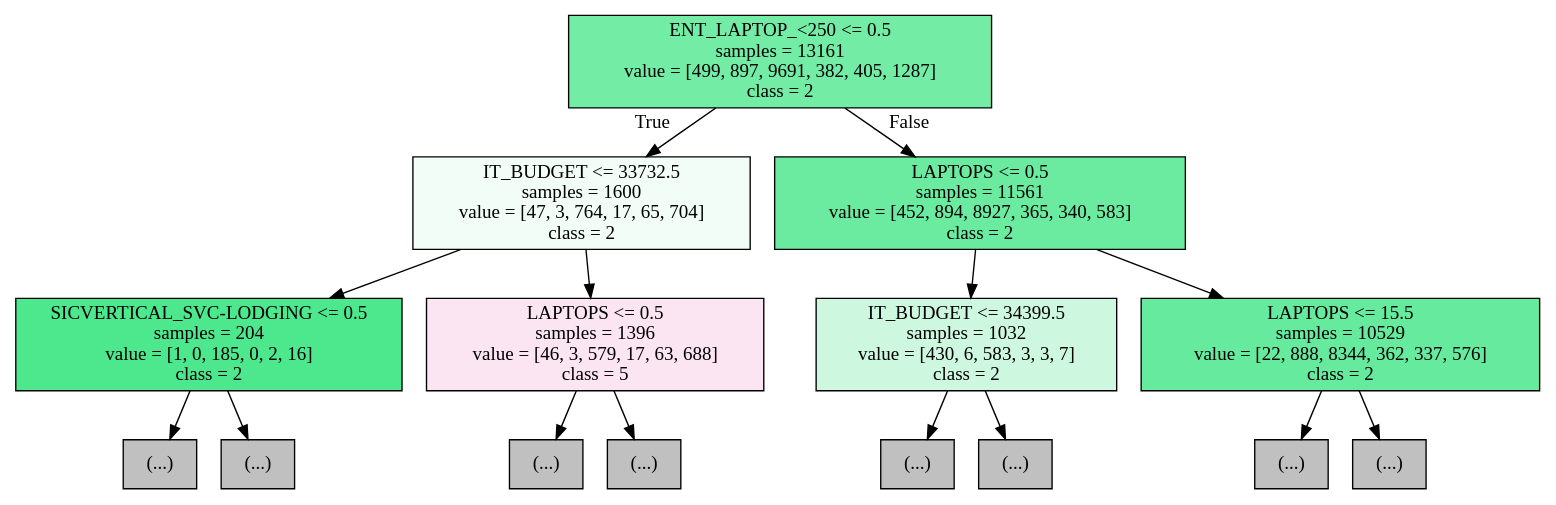
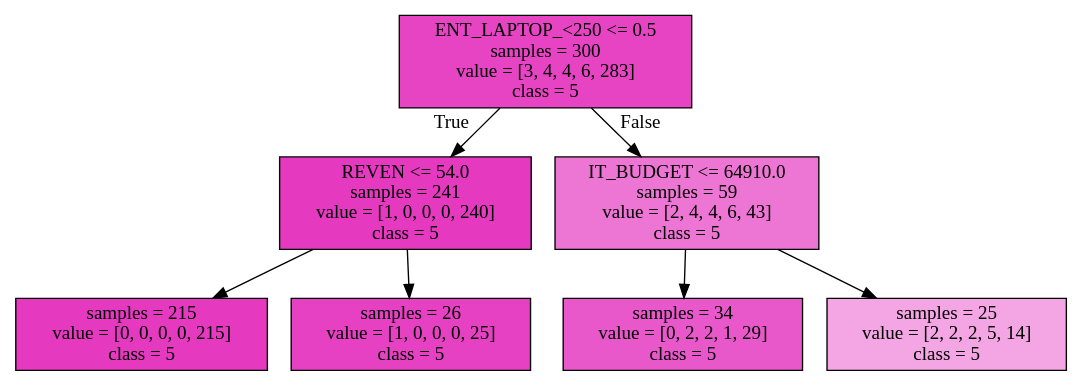
One commit to AlaaBejaoui/AberdeenProject changed the diagram in AberdeenProject/results/decisionTree.dot. Above: the diagram before and after it, drawn with Graphviz. The commit also changed 7 other files, not shown here.

```diff
--- a/AberdeenProject/results/decisionTree.dot
+++ b/AberdeenProject/results/decisionTree.dot
@@ -1,32 +1,16 @@
 digraph Tree {
 node [shape=box, style="filled", color="black"] ;
-0 [label="ENT_LAPTOP_<250 <= 0.5\nsamples = 13161\nvalue = [499, 897, 9691, 382, 405, 1287]\nclass = 2", fillcolor="#73eda6"] ;
-1 [label="IT_BUDGET <= 33732.5\nsamples = 1600\nvalue = [47, 3, 764, 17, 65, 704]\nclass = 2", fillcolor="#f2fdf7"] ;
+0 [label="ENT_LAPTOP_<250 <= 0.5\nsamples = 300\nvalue = [3, 4, 4, 6, 283]\nclass = 5", fillcolor="#e744c4"] ;
+1 [label="REVEN <= 54.0\nsamples = 241\nvalue = [1, 0, 0, 0, 240]\nclass = 5", fillcolor="#e53ac0"] ;
 0 -> 1 [labeldistance=2.5, labelangle=45, headlabel="True"] ;
-2 [label="SICVERTICAL_SVC-LODGING <= 0.5\nsamples = 204\nvalue = [1, 0, 185, 0, 2, 16]\nclass = 2", fillcolor="#4de88e"] ;
+2 [label="samples = 215\nvalue = [0, 0, 0, 0, 215]\nclass = 5", fillcolor="#e539c0"] ;
 1 -> 2 ;
-3 [label="(...)", fillcolor="#C0C0C0"] ;
-2 -> 3 ;
-20 [label="(...)", fillcolor="#C0C0C0"] ;
-2 -> 20 ;
-21 [label="LAPTOPS <= 0.5\nsamples = 1396\nvalue = [46, 3, 579, 17, 63, 688]\nclass = 5", fillcolor="#fce5f2"] ;
-1 -> 21 ;
-22 [label="(...)", fillcolor="#C0C0C0"] ;
-21 -> 22 ;
-35 [label="(...)", fillcolor="#C0C0C0"] ;
-21 -> 35 ;
-130 [label="LAPTOPS <= 0.5\nsamples = 11561\nvalue = [452, 894, 8927, 365, 340, 583]\nclass = 2", fillcolor="#6aeba0"] ;
-0 -> 130 [labeldistance=2.5, labelangle=-45, headlabel="False"] ;
-131 [label="IT_BUDGET <= 34399.5\nsamples = 1032\nvalue = [430, 6, 583, 3, 3, 7]\nclass = 2", fillcolor="#cdf8df"] ;
-130 -> 131 ;
-132 [label="(...)", fillcolor="#C0C0C0"] ;
-131 -> 132 ;
-167 [label="(...)", fillcolor="#C0C0C0"] ;
-131 -> 167 ;
-206 [label="LAPTOPS <= 15.5\nsamples = 10529\nvalue = [22, 888, 8344, 362, 337, 576]\nclass = 2", fillcolor="#66eb9e"] ;
-130 -> 206 ;
-207 [label="(...)", fillcolor="#C0C0C0"] ;
-206 -> 207 ;
-312 [label="(...)", fillcolor="#C0C0C0"] ;
-206 -> 312 ;
+3 [label="samples = 26\nvalue = [1, 0, 0, 0, 25]\nclass = 5", fillcolor="#e641c3"] ;
+1 -> 3 ;
+4 [label="IT_BUDGET <= 64910.0\nsamples = 59\nvalue = [2, 4, 4, 6, 43]\nclass = 5", fillcolor="#ed75d3"] ;
+0 -> 4 [labeldistance=2.5, labelangle=-45, headlabel="False"] ;
+5 [label="samples = 34\nvalue = [0, 2, 2, 1, 29]\nclass = 5", fillcolor="#e958ca"] ;
+4 -> 5 ;
+6 [label="samples = 25\nvalue = [2, 2, 2, 5, 14]\nclass = 5", fillcolor="#f3a6e3"] ;
+4 -> 6 ;
 }
```
